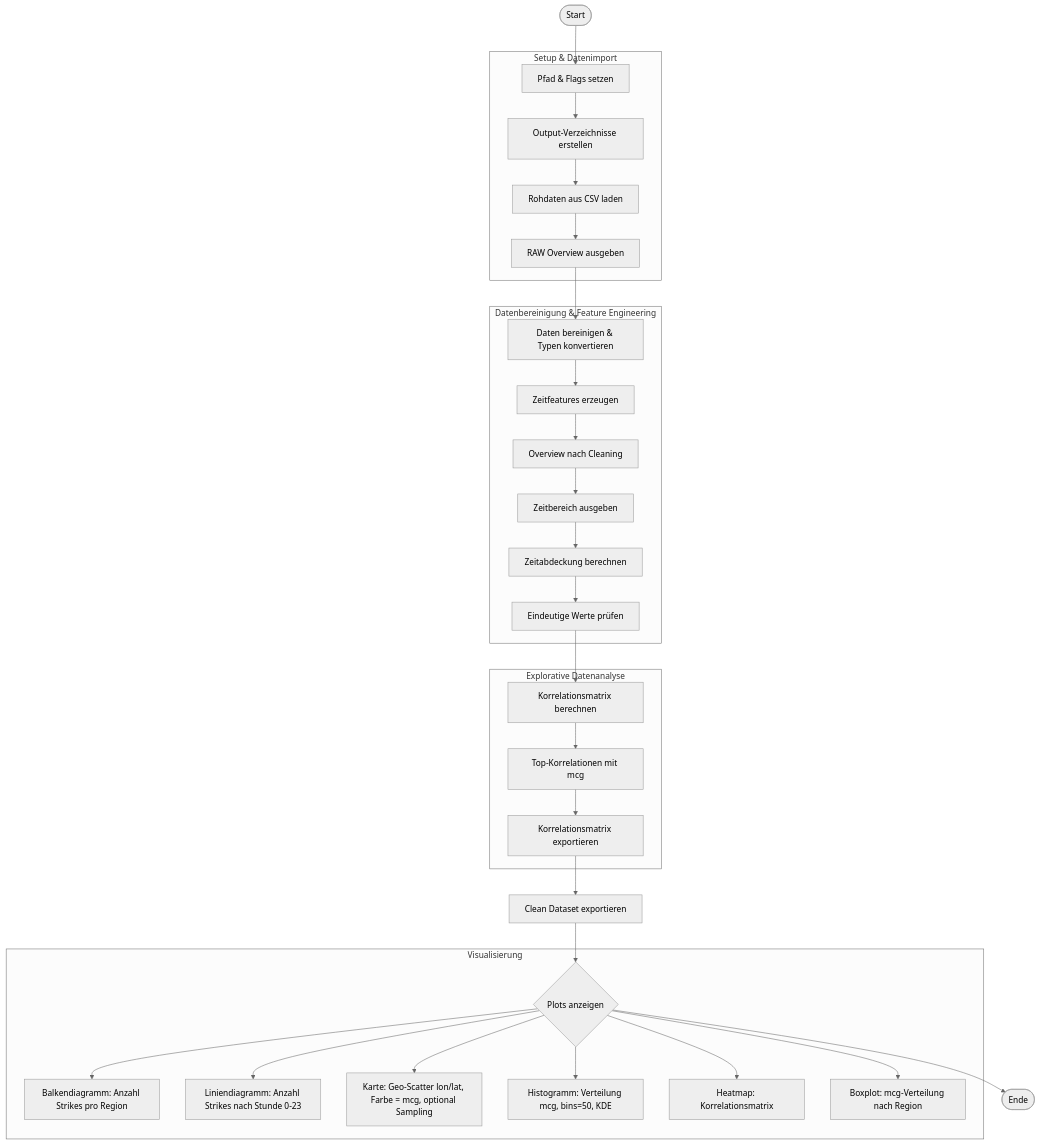
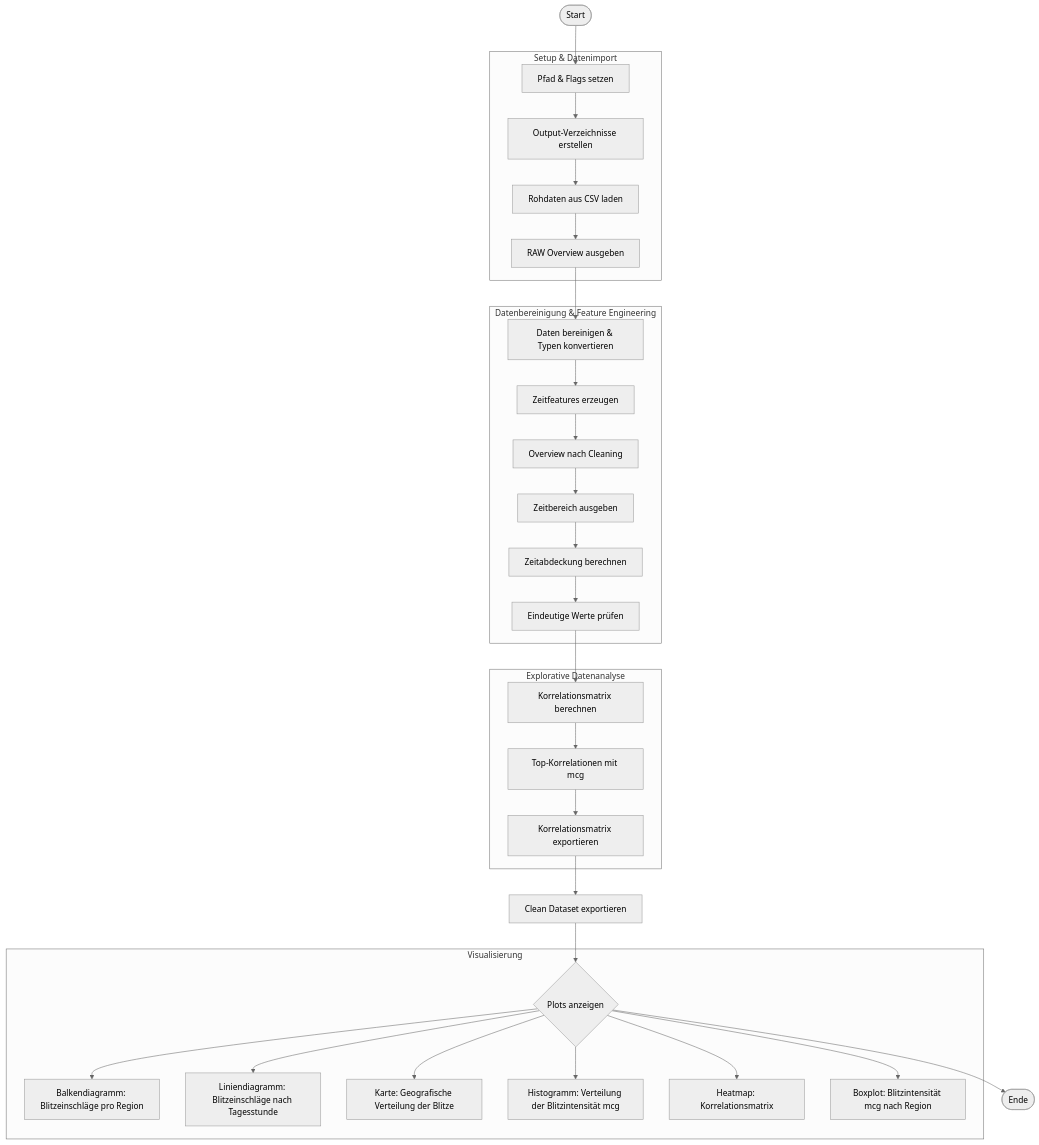
The diagram in README.md (nicdia/QStudy_Interdisciplinary_Programming_Applications), drawn with Mermaid (neutral theme) before and after one commit. The commit also changed 2 other files, not shown here.

Commit message:
minor corrections

````diff
--- a/README.md
+++ b/README.md
@@ -30,44 +30,44 @@
 ```mermaid
 flowchart TD
     A([Start])
 
     subgraph SETUP["Setup & Datenimport"]
         B[Pfad & Flags setzen]
         C[Output-Verzeichnisse erstellen]
         D[Rohdaten aus CSV laden]
         E[RAW Overview ausgeben]
     end
 
     subgraph CLEANING["Datenbereinigung & Feature Engineering"]
         F[Daten bereinigen & Typen konvertieren]
         G[Zeitfeatures erzeugen]
         H[Overview nach Cleaning]
         I[Zeitbereich ausgeben]
         J[Zeitabdeckung berechnen]
         K[Eindeutige Werte prüfen]
     end
 
     subgraph ANALYSIS["Explorative Datenanalyse"]
         L[Korrelationsmatrix berechnen]
         M[Top-Korrelationen mit mcg]
         N[Korrelationsmatrix exportieren]
     end
 
     subgraph VIS["Visualisierung"]
         O{Plots anzeigen}
-        O --> O1[Balkendiagramm: Anzahl Strikes pro Region]
-        O --> O2[Liniendiagramm: Anzahl Strikes nach Stunde 0-23]
-        O --> O3[Karte: Geo-Scatter lon/lat, Farbe = mcg, optional Sampling]
-        O --> O4[Histogramm: Verteilung mcg, bins=50, KDE]
+        O --> O1[Balkendiagramm: Blitzeinschläge pro Region]
+        O --> O2[Liniendiagramm: Blitzeinschläge nach Tagesstunde]
+        O --> O3[Karte: Geografische Verteilung der Blitze]
+        O --> O4[Histogramm: Verteilung der Blitzintensität mcg]
         O --> O5[Heatmap: Korrelationsmatrix]
-        O --> O6[Boxplot: mcg-Verteilung nach Region]
+        O --> O6[Boxplot: Blitzintensität mcg nach Region]
     end
 
     P[Clean Dataset exportieren]
     Z([Ende])
 
     A --> B --> C --> D --> E
     E --> F --> G --> H --> I --> J --> K
     K --> L --> M --> N --> P
     P --> O --> Z
 ```
````
